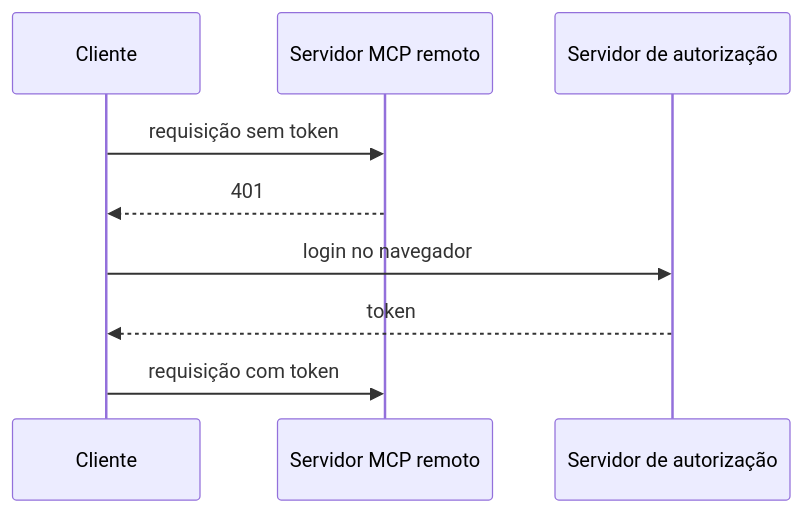
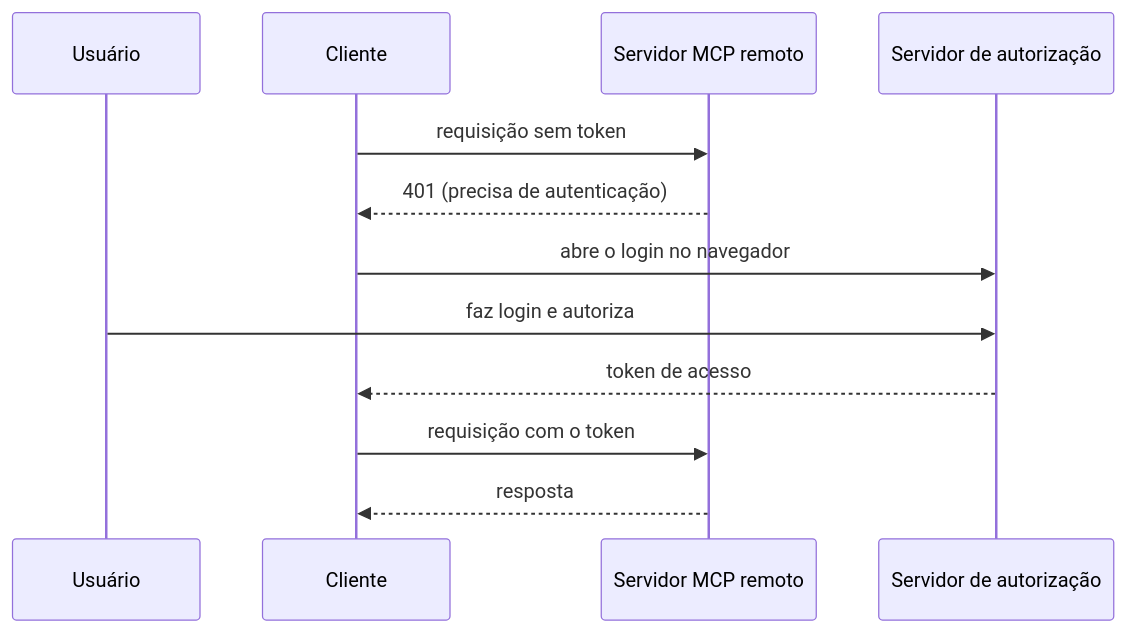
Before and after one commit to FloraRosaPupo/mcp-estudos: the second of 4 diagrams in notas/10-alem-do-basico.md, drawn with Mermaid. The commit also changed other lines of this file and 20 other files, not shown here.

````diff
--- a/notas/10-alem-do-basico.md
+++ b/notas/10-alem-do-basico.md
@@ -19,11 +24,14 @@
 ```mermaid
 sequenceDiagram
+    participant U as Usuário
     participant C as Cliente
     participant S as Servidor MCP remoto
     participant A as Servidor de autorização
     C->>S: requisição sem token
-    S-->>C: 401
-    C->>A: login no navegador
-    A-->>C: token
-    C->>S: requisição com token
+    S-->>C: 401 (precisa de autenticação)
+    C->>A: abre o login no navegador
+    U->>A: faz login e autoriza
+    A-->>C: token de acesso
+    C->>S: requisição com o token
+    S-->>C: resposta
 ```
````
